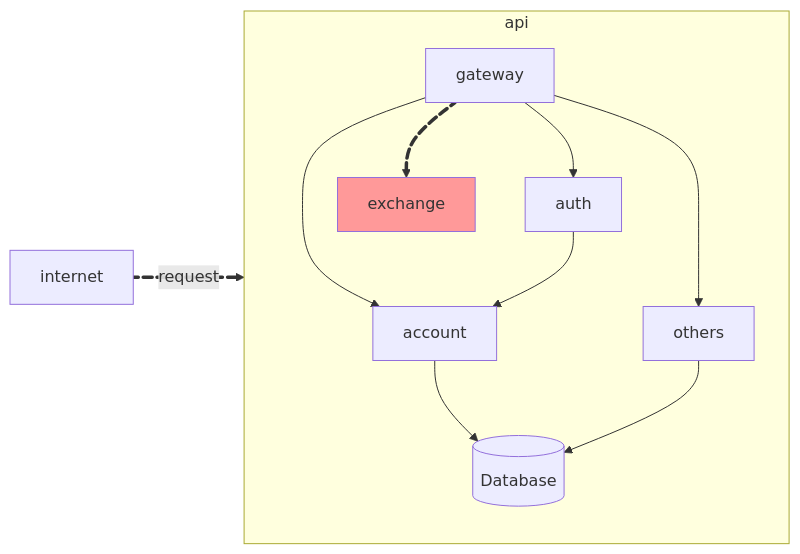
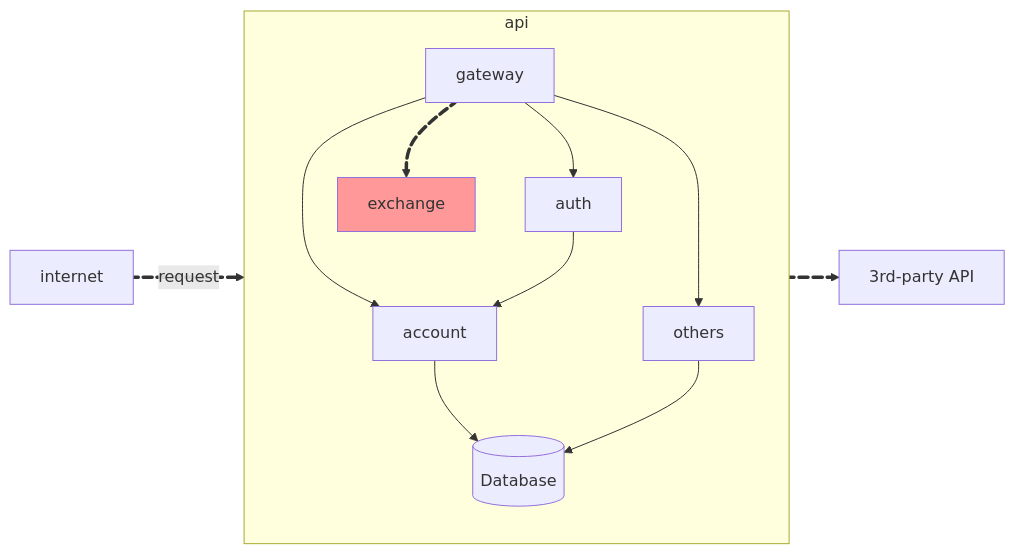
One commit to laupontiroli/platform_api-serv changed the diagram in docs/exercises/exercise1.md. Above: the diagram before and after it, drawn with Mermaid.

````diff
--- a/docs/exercises/exercise1.md
+++ b/docs/exercises/exercise1.md
@@ -45,17 +45,19 @@
     ``` mermaid
     flowchart LR
         subgraph api
             direction TB
             gateway --> account
             gateway --> auth
             gateway --> others
             account --> db@{ shape: cyl, label: "Database" }
             others --> db
             auth --> account
             gateway e1@==> exchange:::exchange
             e1@{ animate: true }
         end
-        internet e2@==>|request| gateway
+        exchange e2@==> 3partyapi@{label: "3rd-party API"}
+        internet e3@==>|request| gateway
         e2@{ animate: true }
+        e3@{ animate: true }
         classDef exchange fill:#f99
     ```
````
